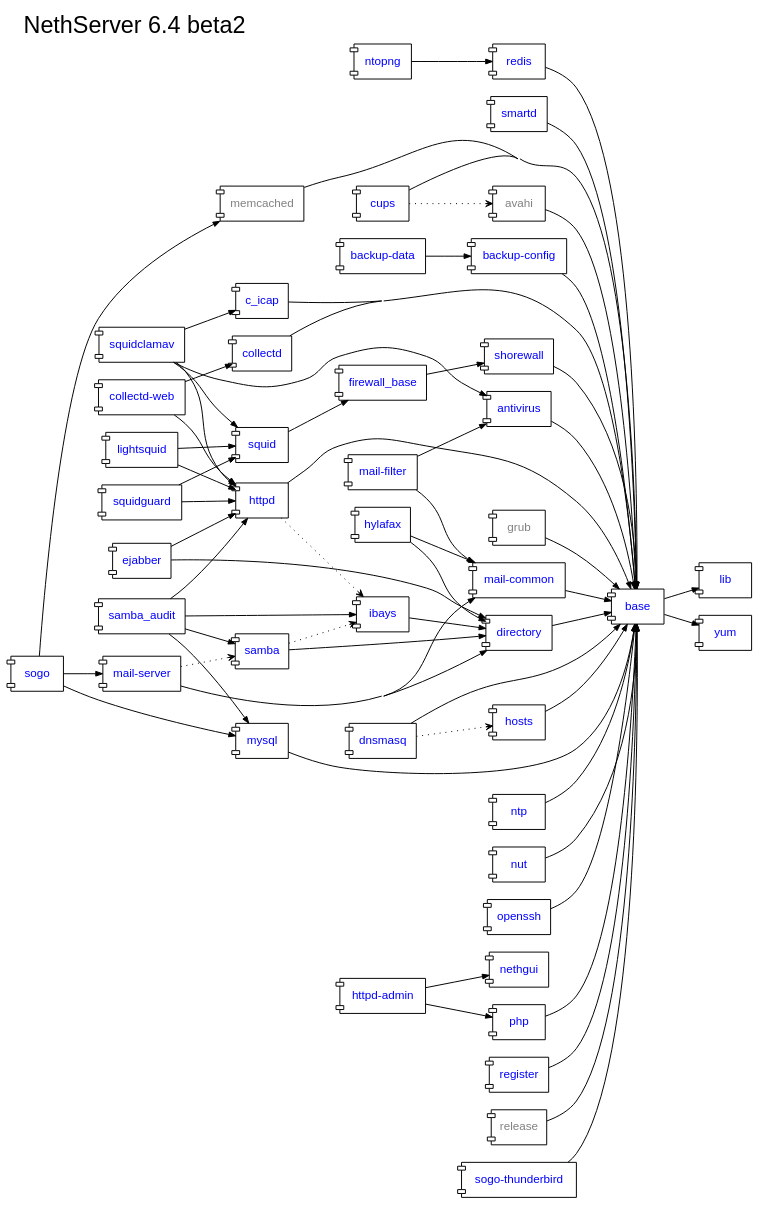
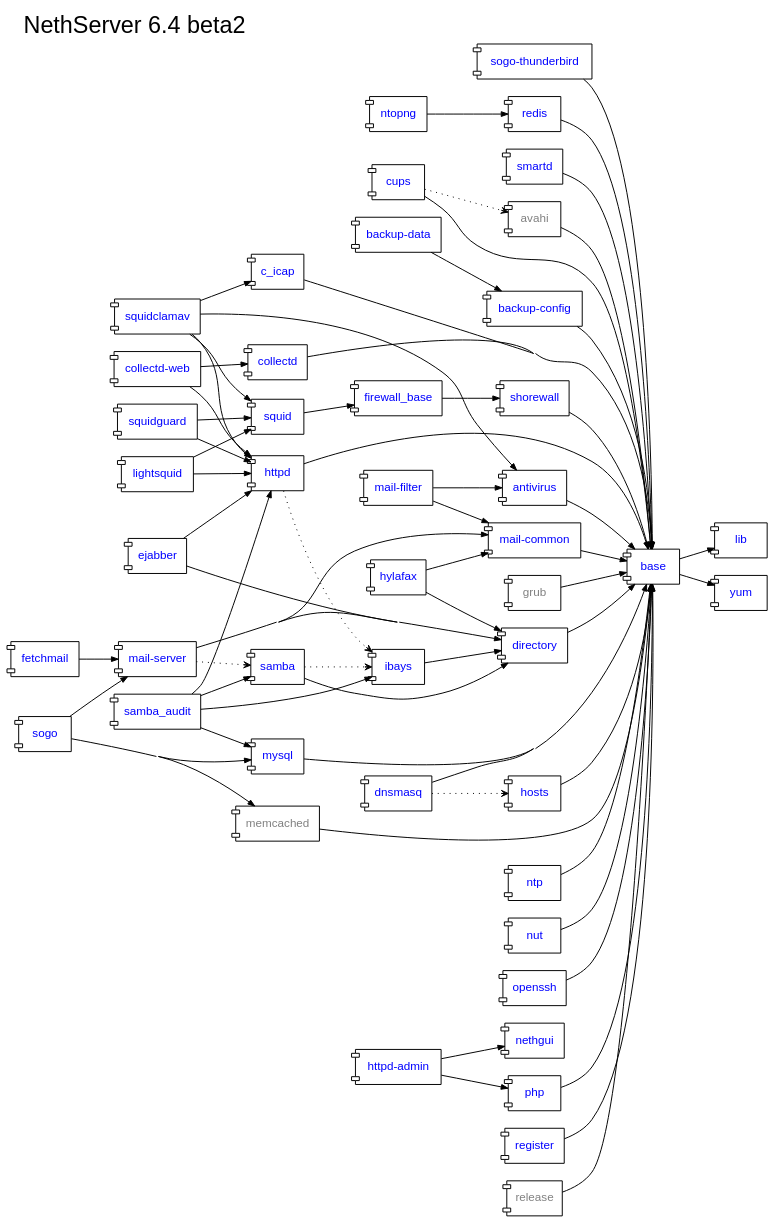
One commit to nethesis/dev-nethesis-it changed the diagram in nethserver/package-dependencies.dot. Above: the diagram before and after it, drawn with Graphviz.

Commit message:
package-dependencies.dot: add fetchmail package

```diff
--- a/nethserver/package-dependencies.dot
+++ b/nethserver/package-dependencies.dot
@@ -1,125 +1,127 @@
 digraph "v6.4-beta2" {
 	rankdir = "LR";
 	compound = true;
 	concentrate = true;
 	label="NethServer 6.4 beta2";
 	fontsize = 24.0
 	labelloc = "t";
 	labeljust = "l";
 	fontname="sans-serif";
 	
 
     node [shape="component",fontname="sans-serif",fontcolor=blue,fontsize=12.0];
     edge [arrowsize=0.7];
 
     antivirus [URL="http://dev.nethesis.it/projects/nethserver/wiki/nethserver-antivirus"];
     avahi [fontcolor=gray];
     backup_config [label="backup-config",URL="http://dev.nethesis.it/projects/nethserver/wiki/nethserver-backup"];
     backup_data [label="backup-data",URL="http://dev.nethesis.it/projects/nethserver/wiki/nethserver-backup"];   
     base [URL="http://dev.nethesis.it/projects/nethserver/wiki/nethserver-base"];
     c_icap [URL="http://dev.nethesis.it/projects/nethserver/wiki/nethserver-c-icap"];
     collectd [URL="http://dev.nethesis.it/projects/nethserver/wiki/nethserver-collectd"];
     collectd_web [label="collectd-web",URL="http://dev.nethesis.it/projects/nethserver/wiki/nethserver-collectd-web"];
     cups [URL="http://dev.nethesis.it/projects/nethserver-cups/wiki/nethserver-cups"];
     directory [URL="http://dev.nethesis.it/projects/nethserver/wiki/nethserver-directory"];
     dnsmasq [URL="http://dev.nethesis.it/projects/nethserver/wiki/nethserver-dnsmasq"];
     ejabber [URL="http://dev.nethesis.it/projects/nethserver-ejabberd/wiki/nethserver-ejabberd"];
+    fetchmail [URL="http://dev.nethesis.it/projects/nethserver-fetchmail/wiki/nethserver-fetchmail"];
     firewall_base [URL="http://dev.nethesis.it/projects/nethserver-ejabberd/wiki/nethserver-firewall-base"];
     grub [fontcolor=gray];
     hosts [URL="http://dev.nethesis.it/projects/nethserver/wiki/nethserver-hosts"];
     httpd_admin [label="httpd-admin",URL="http://dev.nethesis.it/projects/nethserver/wiki/nethserver-httpd-admin"];
     httpd [URL="http://dev.nethesis.it/projects/nethserver/wiki/nethserver-httpd"];
     hylafax [URL="http://dev.nethesis.it/projects/nethserver-hylafax/wiki/nethserver-hylafax"];
     ibays [URL="http://dev.nethesis.it/projects/nethserver/wiki/nethserver-ibays"];
     lib [URL="http://dev.nethesis.it/projects/nethserver/wiki/nethserver-lib"];
     lightsquid [URL="http://dev.nethesis.it/projects/nethserver/wiki/nethserver-lightsquid"];
     mail_common [label="mail-common",URL="http://dev.nethesis.it/projects/nethserver/wiki/nethserver-mail-common"];
     mail_filter [label="mail-filter",URL="http://dev.nethesis.it/projects/nethserver/wiki/nethserver-mail-filter"];
     mail_server [label="mail-server",URL="http://dev.nethesis.it/projects/nethserver/wiki/nethserver-mail-server"];
     memcached [fontcolor=gray];
     mysql [URL="http://dev.nethesis.it/projects/nethserver/wiki/nethserver-mysql"];
     nethgui [URL="http://dev.nethesis.it/projects/nethgui"];
     ntp [URL="http://dev.nethesis.it/projects/nethserver/wiki/nethserver-ntp"];
     ntopng [URL="http://dev.nethesis.it/projects/nethserver/wiki/nethserver-ntopng"];
     nut [URL="http://dev.nethesis.it/projects/nethserver/wiki/nethserver-nut"];
     openssh [URL="http://dev.nethesis.it/projects/nethserver/wiki/nethserver-openssh"];
     php [URL="http://dev.nethesis.it/projects/nethserver/wiki/nethserver-php"];
     redis [URL="http://dev.nethesis.it/projects/nethserver/wiki/nethserver-redis"];
     register [URL="http://dev.nethesis.it/projects/nethserver/wiki/nethserver-register"];
     release [fontcolor=gray];
     samba [URL="http://dev.nethesis.it/projects/nethserver/wiki/nethserver-samba"];
     samba_audit [URL="http://dev.nethesis.it/projects/nethserver/wiki/nethserver-samba-audit"];
     sogo [URL="https://dev.nethesis.it/projects/nethserver/wiki/nethserver-sogo"];
     sogo_thunderbird [label="sogo-thunderbird",URL="https://dev.nethesis.it/projects/nethserver/wiki/nethserver-sogo-thunderbird"];
     shorewall [URL="https://dev.nethesis.it/projects/nethserver/wiki/nethserver-shorewall"];        
     smartd [URL="https://dev.nethesis.it/projects/nethserver/wiki/nethserver-smartd"];    
     squid [URL="https://dev.nethesis.it/projects/nethserver/wiki/nethserver-squid"];
     squidclamav [URL="https://dev.nethesis.it/projects/nethserver/wiki/nethserver-squidclamav"];
     squidguard [URL="https://dev.nethesis.it/projects/nethserver/wiki/nethserver-squidguard"];
     yum [URL="http://dev.nethesis.it/projects/nethserver/wiki/nethserver-yum"];
 		       
     base -> lib
     openssh -> base
     directory -> base
     samba -> directory
     ibays -> directory
     httpd -> base
     httpd -> ibays [style=dotted,arrowhead=vee];
     dnsmasq -> hosts [style=dotted,arrowhead=vee];
     dnsmasq -> base
     hosts -> base
     httpd_admin -> php
     httpd_admin -> nethgui
     samba -> ibays [style=dotted,arrowhead=vee];
     base -> yum
     ntp -> base
     php -> base
     mail_server -> directory
     mail_server -> mail_common
     mail_server -> samba [style=dotted,arrowhead=vee];    
     mail_filter -> mail_common
     mail_filter -> antivirus
     mail_common -> base
     antivirus -> base
     release -> base
     grub -> base
     cups -> base
     avahi -> base
     cups -> avahi [style=dotted,arrowhead=vee];
     ejabber -> directory
     ejabber -> httpd
     mysql -> base
     hylafax -> directory
     hylafax -> mail_common
     sogo -> memcached
     sogo -> mail_server
     sogo -> mysql
     sogo_thunderbird -> base
     memcached -> base
     collectd -> base
     collectd_web -> collectd
     collectd_web -> httpd
     backup_config -> base
     backup_data -> backup_config
     register -> base
     smartd -> base
     shorewall -> base
     firewall_base -> shorewall
     squid -> firewall_base
     squidclamav -> squid
     squidclamav -> antivirus
     squidclamav -> httpd
     squidclamav -> c_icap
     c_icap -> base
     lightsquid -> squid
     lightsquid -> httpd
     nut -> base
     samba_audit -> ibays
     samba_audit -> httpd
     samba_audit -> mysql
     samba_audit -> samba
     squidguard -> httpd
     squidguard -> squid
     redis -> base
     ntopng -> redis
+    fetchmail -> mail_server
 }
```
